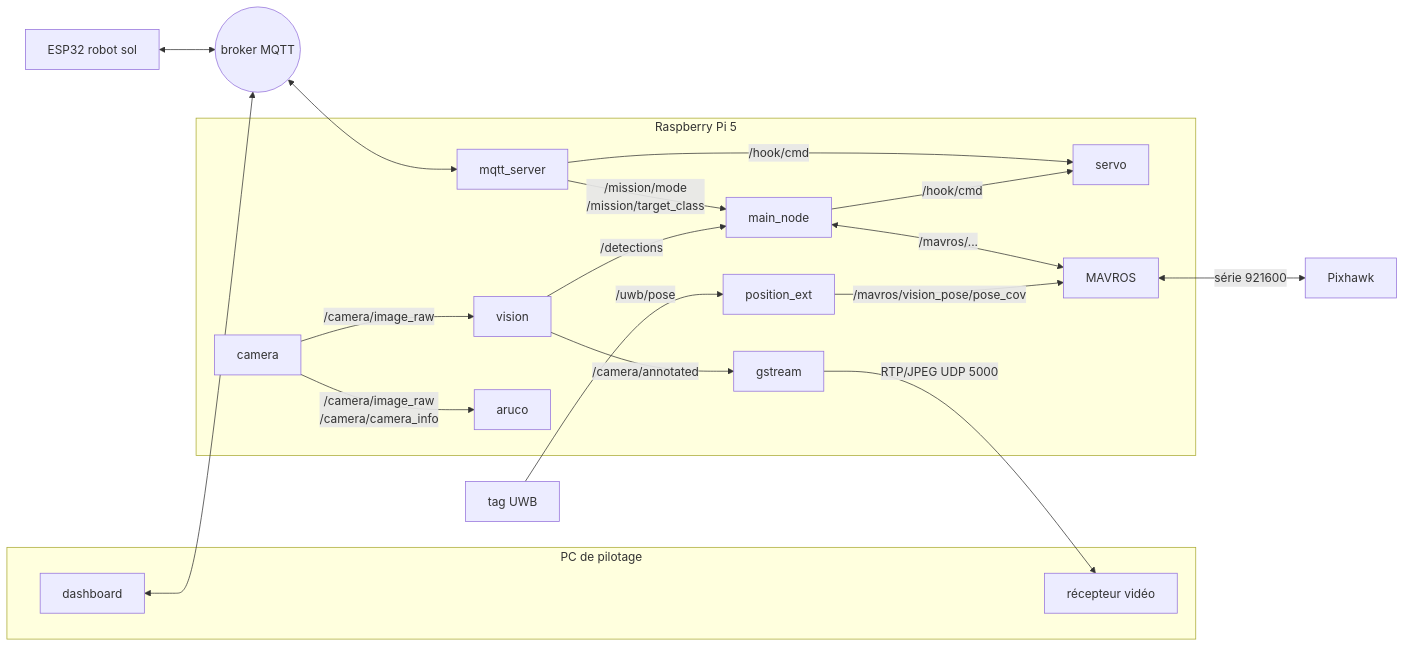
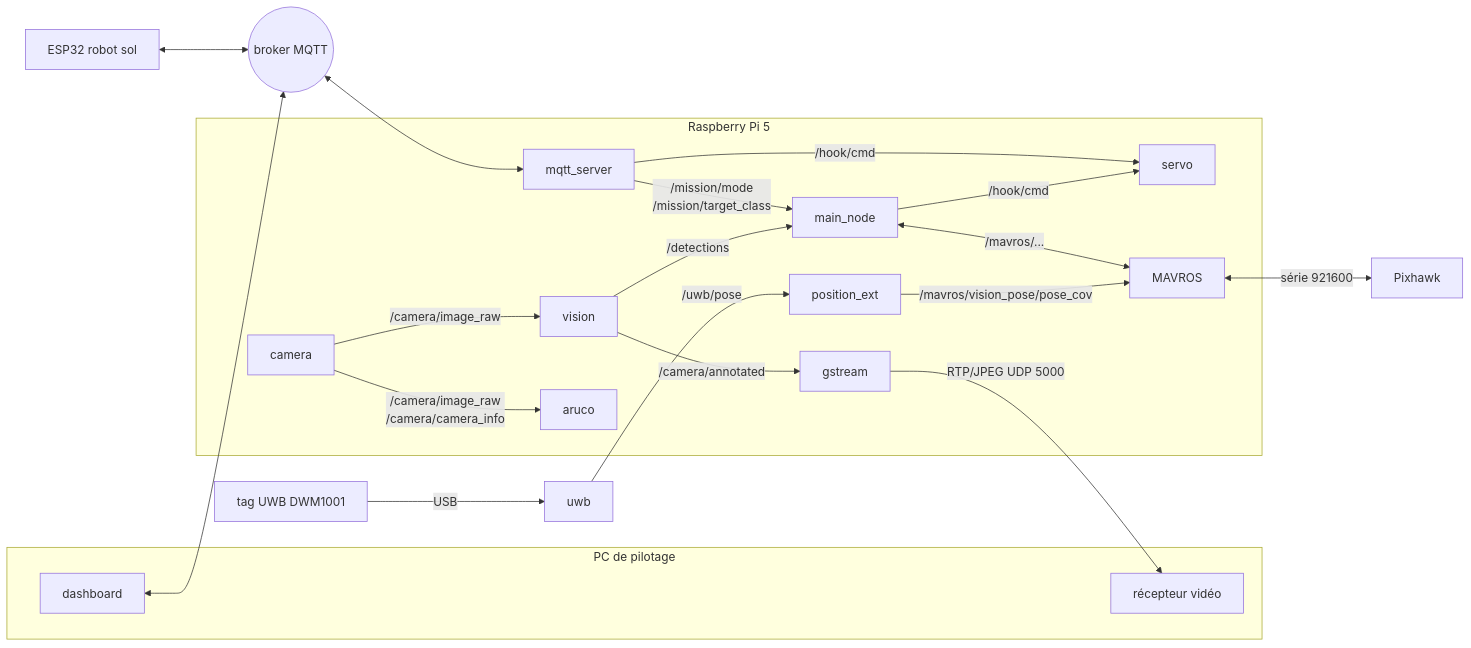
Before and after one commit to Valrobotik/DroneLoad: the diagram in docs/architecture.md, drawn with Mermaid. The commit also changed other lines of this file and 16 other files, not shown here.

First line of the commit message:
Pilote du tag UWB DWM1001 (nœud uwb) et sécurités de la position UWB

````diff
--- a/docs/architecture.md
+++ b/docs/architecture.md
@@ -38,38 +40,39 @@
 ```mermaid
 flowchart LR
   subgraph PC[PC de pilotage]
     dash[dashboard]
     vid[récepteur vidéo]
   end
   esp[ESP32 robot sol]
   broker((broker MQTT))
   subgraph Pi[Raspberry Pi 5]
     mqtt[mqtt_server]
     main[main_node]
     cam[camera]
     vis[vision]
     aru[aruco]
     gst[gstream]
     servo[servo]
     pext[position_ext]
     mavros[MAVROS]
   end
   px[Pixhawk]
-  uwb[tag UWB]
+  tag[tag UWB DWM1001]
 
   dash <--> broker
   esp <--> broker
   broker <--> mqtt
   mqtt -- /mission/mode<br>/mission/target_class --> main
   mqtt -- /hook/cmd --> servo
   main -- /hook/cmd --> servo
   cam -- /camera/image_raw --> vis
   cam -- /camera/image_raw<br>/camera/camera_info --> aru
   vis -- /detections --> main
   vis -- /camera/annotated --> gst
   gst -- RTP/JPEG UDP 5000 --> vid
   main <-- /mavros/... --> mavros
-  uwb -- /uwb/pose --> pext
+  tag -- USB --> uwbn[uwb]
+  uwbn -- /uwb/pose --> pext
   pext -- /mavros/vision_pose/pose_cov --> mavros
   mavros <-- série 921600 --> px
 ```
````
